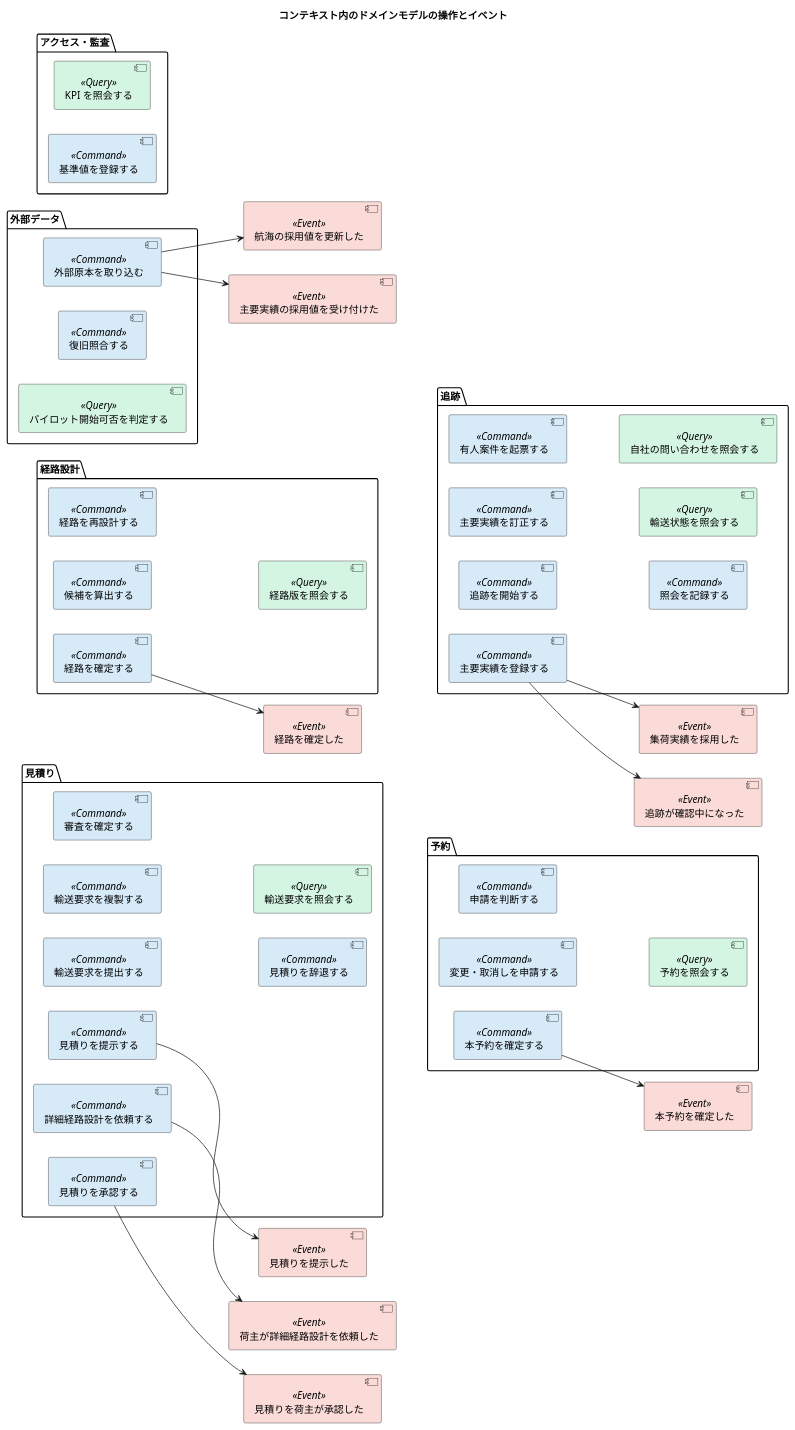
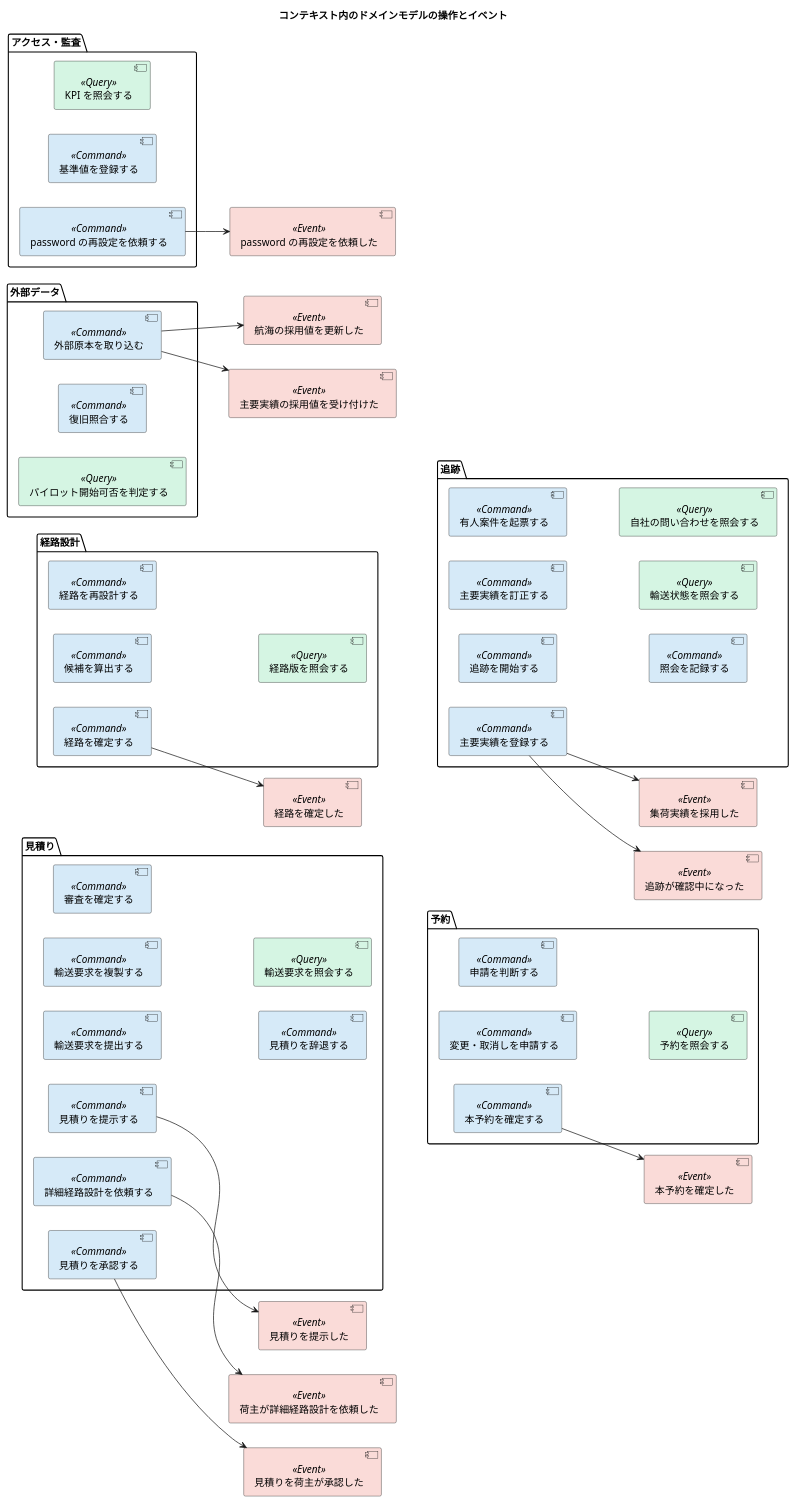
Diagram 17 of 18 in docs/design/cargo-tracker/domain_model.md (k2works/practical-domain-driven-design-in-enterpris-application), drawn with PlantUML before and after one commit. The commit also changed other lines of this file and 16 other files, not shown here.

````diff
--- a/docs/design/cargo-tracker/domain_model.md
+++ b/docs/design/cargo-tracker/domain_model.md
@@ -1094,70 +1142,73 @@
 ```plantuml
 @startuml
 title コンテキスト内のドメインモデルの操作とイベント
 left to right direction
 skinparam component {
   BackgroundColor<<Command>> #D6EAF8
   BackgroundColor<<Query>> #D5F5E3
   BackgroundColor<<Event>> #FADBD8
 }
 package "見積り" {
   [輸送要求を提出する] <<Command>>
   [輸送要求を複製する] <<Command>>
   [審査を確定する] <<Command>>
   [見積りを提示する] <<Command>>
   [詳細経路設計を依頼する] <<Command>>
   [見積りを辞退する] <<Command>>
   [見積りを承認する] <<Command>>
   [輸送要求を照会する] <<Query>>
 }
 package "経路設計" {
   [候補を算出する] <<Command>>
   [経路を確定する] <<Command>>
   [経路を再設計する] <<Command>>
   [経路版を照会する] <<Query>>
 }
 package "予約" {
   [本予約を確定する] <<Command>>
   [変更・取消しを申請する] <<Command>>
   [申請を判断する] <<Command>>
   [予約を照会する] <<Query>>
 }
 package "追跡" {
   [追跡を開始する] <<Command>>
   [主要実績を登録する] <<Command>>
   [主要実績を訂正する] <<Command>>
   [有人案件を起票する] <<Command>>
   [照会を記録する] <<Command>>
   [輸送状態を照会する] <<Query>>
   [自社の問い合わせを照会する] <<Query>>
 }
 package "外部データ" {
   [外部原本を取り込む] <<Command>>
   [復旧照合する] <<Command>>
   [パイロット開始可否を判定する] <<Query>>
 }
 package "アクセス・監査" {
   [KPI を照会する] <<Query>>
   [基準値を登録する] <<Command>>
+  [password の再設定を依頼する] <<Command>>
 }
 [見積りを提示した] <<Event>>
 [荷主が詳細経路設計を依頼した] <<Event>>
 [経路を確定した] <<Event>>
 [見積りを荷主が承認した] <<Event>>
 [本予約を確定した] <<Event>>
 [集荷実績を採用した] <<Event>>
 [追跡が確認中になった] <<Event>>
 [航海の採用値を更新した] <<Event>>
 [主要実績の採用値を受け付けた] <<Event>>
+[password の再設定を依頼した] <<Event>>
 
 [見積りを提示する] --> [見積りを提示した]
 [詳細経路設計を依頼する] --> [荷主が詳細経路設計を依頼した]
 [経路を確定する] --> [経路を確定した]
 [見積りを承認する] --> [見積りを荷主が承認した]
 [本予約を確定する] --> [本予約を確定した]
 [主要実績を登録する] --> [集荷実績を採用した]
 [主要実績を登録する] --> [追跡が確認中になった]
 [外部原本を取り込む] --> [航海の採用値を更新した]
 [外部原本を取り込む] --> [主要実績の採用値を受け付けた]
+[password の再設定を依頼する] --> [password の再設定を依頼した]
 @enduml
 ```
````
